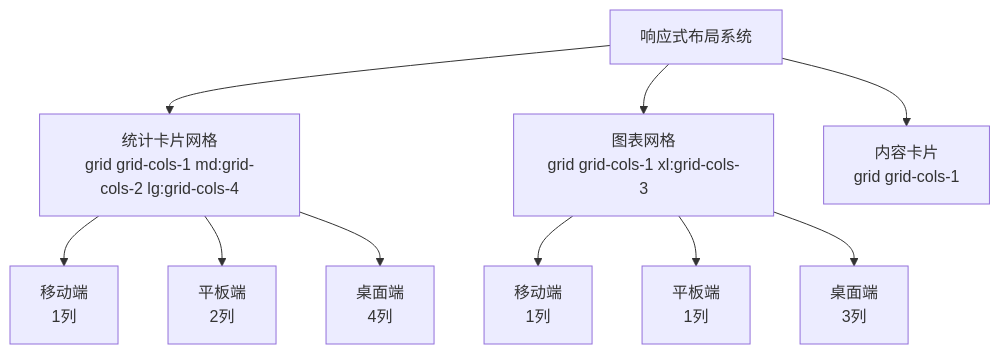
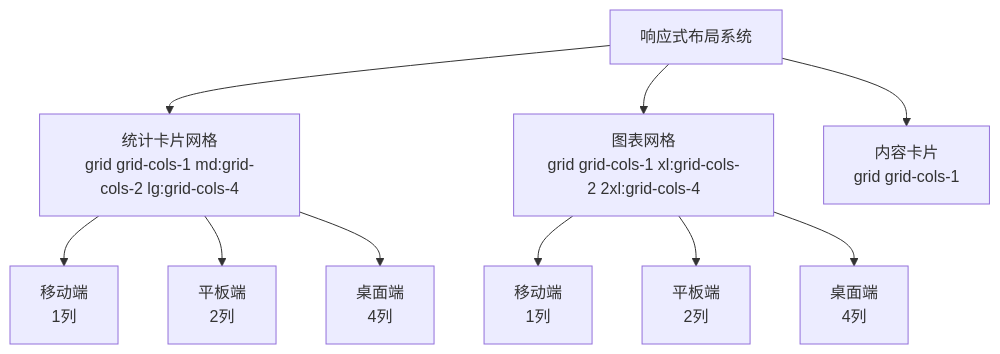
Diagram 13 of 18 in .qoder/repowiki/zh/content/管理后台界面/仪表板概览.md (RadiumAg/AIGate), drawn with Mermaid before and after one commit. The commit also changed other lines of this file and 22 other files, not shown here.

First line of the commit message:
feat(dashboard): 新增账单趋势图表及四列响应式布局

````diff
--- a/.qoder/repowiki/zh/content/管理后台界面/仪表板概览.md
+++ b/.qoder/repowiki/zh/content/管理后台界面/仪表板概览.md
@@ -435,12 +475,12 @@
 ```mermaid
 flowchart TD
 ResponsiveLayout["响应式布局系统"] --> StatsGrid["统计卡片网格<br/>grid grid-cols-1 md:grid-cols-2 lg:grid-cols-4"]
-ResponsiveLayout --> ChartsGrid["图表网格<br/>grid grid-cols-1 xl:grid-cols-3"]
+ResponsiveLayout --> ChartsGrid["图表网格<br/>grid grid-cols-1 xl:grid-cols-2 2xl:grid-cols-4"]
 ResponsiveLayout --> ContentCards["内容卡片<br/>grid grid-cols-1"]
 StatsGrid --> Mobile["移动端<br/>1列"]
 StatsGrid --> Tablet["平板端<br/>2列"]
 StatsGrid --> Desktop["桌面端<br/>4列"]
 ChartsGrid --> Mobile2["移动端<br/>1列"]
-ChartsGrid --> Tablet2["平板端<br/>1列"]
-ChartsGrid --> Desktop2["桌面端<br/>3列"]
+ChartsGrid --> Tablet2["平板端<br/>2列"]
+ChartsGrid --> Desktop2["桌面端<br/>4列"]
 ```
````
